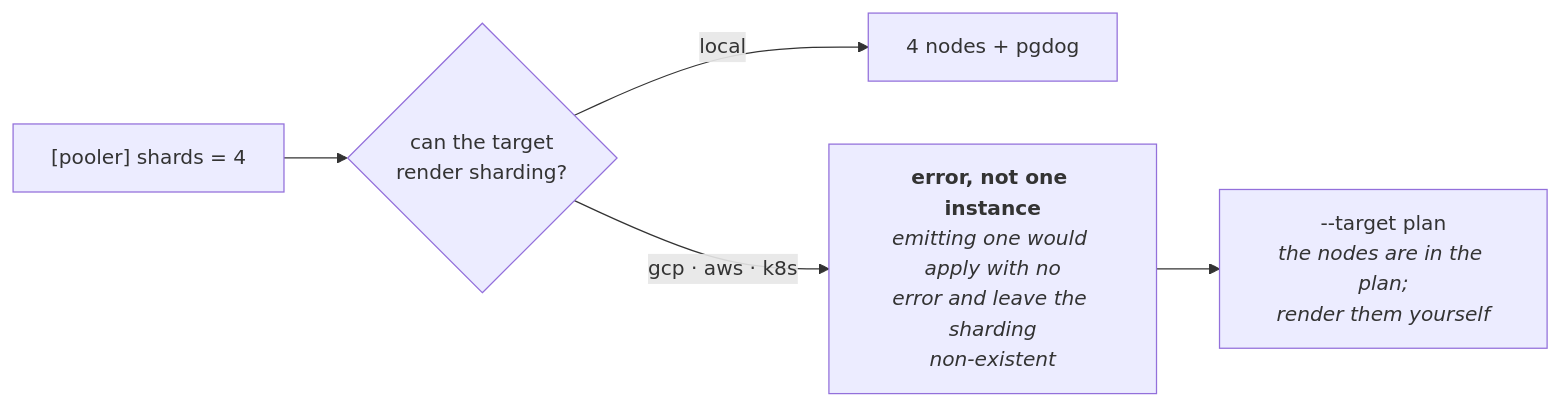
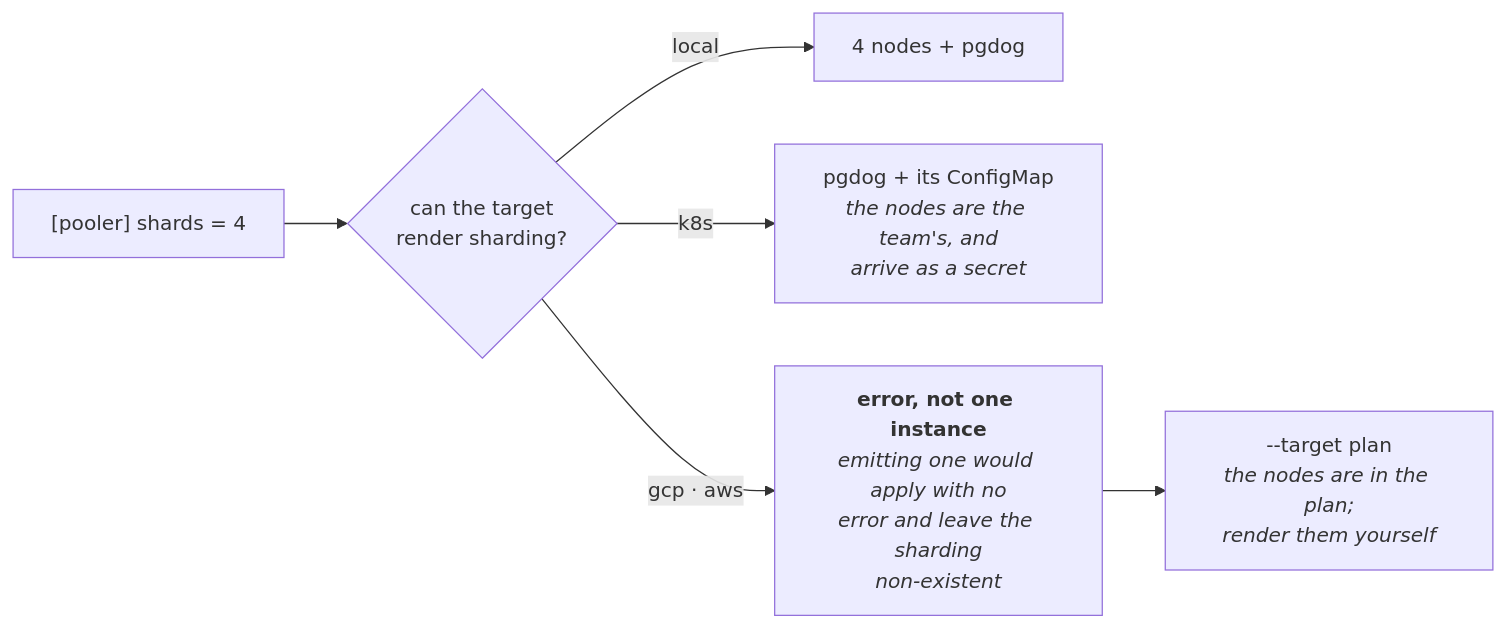
The fifth of 8 diagrams in docs/src/architecture.md (Andrew-Tellez/axon), drawn with Mermaid before and after one commit. The commit also changed other lines of this file and 5 other files, not shown here.

````diff
--- a/docs/src/architecture.md
+++ b/docs/src/architecture.md
@@ -178,7 +178,8 @@
 ```mermaid
 flowchart LR
   D["[pooler] shards = 4"] --> R{"can the target<br/>render sharding?"}
   R -->|local| Y["4 nodes + pgdog"]
-  R -->|"gcp · aws · k8s"| N["<b>error, not one instance</b><br/><i>emitting one would apply with no<br/>error and leave the sharding<br/>non-existent</i>"]
+  R -->|k8s| K["pgdog + its ConfigMap<br/><i>the nodes are the team's, and<br/>arrive as a secret</i>"]
+  R -->|"gcp · aws"| N["<b>error, not one instance</b><br/><i>emitting one would apply with no<br/>error and leave the sharding<br/>non-existent</i>"]
   N --> ESC["--target plan<br/><i>the nodes are in the plan;<br/>render them yourself</i>"]
 ```
````
